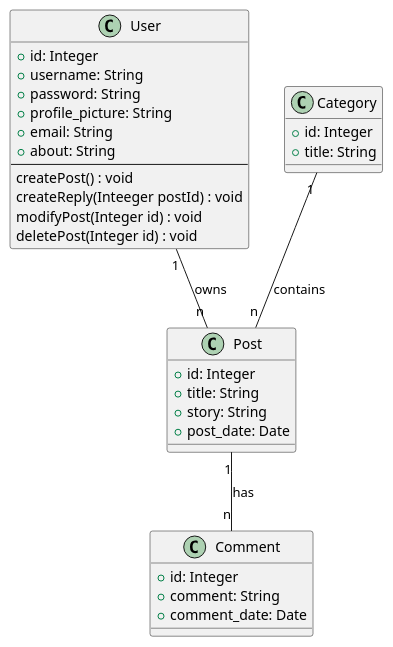
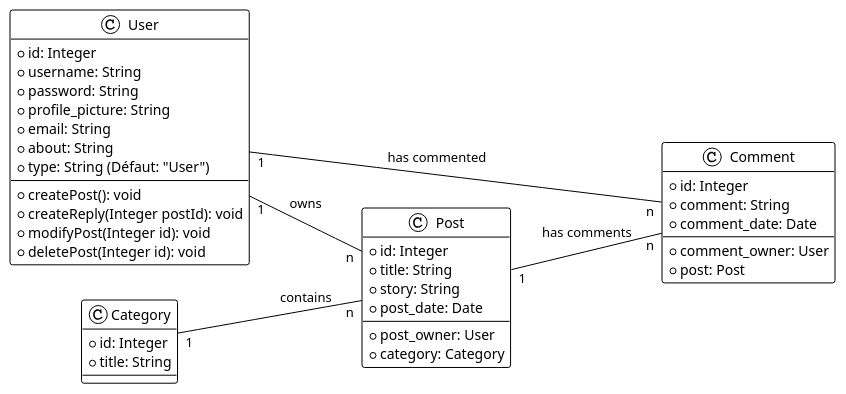
Before and after one commit to SikroxMemer/BloggerPy: the diagram in graphs/class.plantuml, drawn with PlantUML. The commit also changed 8 other files, not shown here.

```diff
--- a/graphs/class.plantuml
+++ b/graphs/class.plantuml
@@ -1,44 +1,51 @@
-@startuml CLASS
-' left to right direction
-' skinparam linetype ortho
-
-' Define entities
-
+@startuml
+left to right direction
+!theme plain
+' Entités
 class User {
     + id: Integer
     + username: String
     + password: String
     + profile_picture: String
     + email: String
     + about: String
+    + type: String (Défaut: "User")
     ---
-    createPost() : void
-    createReply(Inteeger postId) : void
-    modifyPost(Integer id) : void
-    deletePost(Integer id) : void
+    + createPost(): void
+    + createReply(Integer postId): void
+    + modifyPost(Integer id): void
+    + deletePost(Integer id): void
 }
 
 class Category {
     + id: Integer
     + title: String
 }
 
 class Post {
     + id: Integer
     + title: String
     + story: String
     + post_date: Date
+    ---
+    + post_owner: User
+    + category: Category
 }
 
 class Comment {
     + id: Integer
     + comment: String
     + comment_date: Date
+    ---
+    + comment_owner: User
+    + post: Post
 }
 
-' Relationships
+' Relations
+Category "1" -- "n" Post : contains
 User "1" -- "n" Post : owns
-Post "1" -- "n" Comment : has
-Category "1" -- "n" Post : contains
+User "1" -- "n" Comment : has commented
+Post "1" -- "n" Comment : has comments
+
 
 @enduml
```
